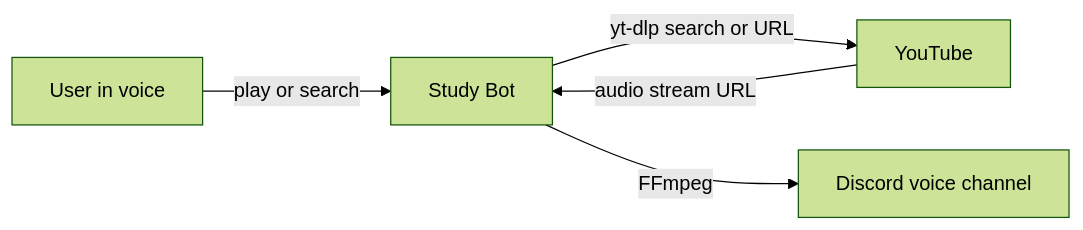
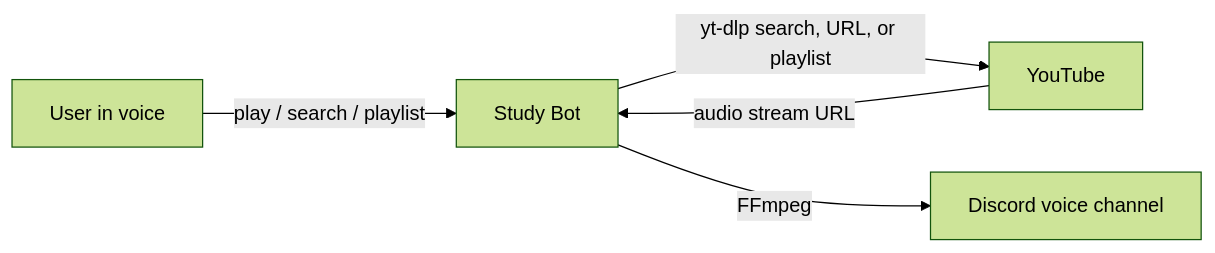
The diagram in README.md (Dpoin23/Study-Bot), drawn with Mermaid (forest theme) before and after one commit. The commit also changed other lines of this file, not shown here.

Commit message:
chore: update README with new playlist commands.

````diff
--- a/README.md
+++ b/README.md
@@ -42,7 +44,7 @@
 ```mermaid
 flowchart LR
-  A["User in voice"] -->|"play or search"| B["Study Bot"]
-  B -->|"yt-dlp search or URL"| C["YouTube"]
+  A["User in voice"] -->|"play / search / playlist"| B["Study Bot"]
+  B -->|"yt-dlp search, URL, or playlist"| C["YouTube"]
   C -->|"audio stream URL"| B
   B -->|"FFmpeg"| D["Discord voice channel"]
 ```
````
